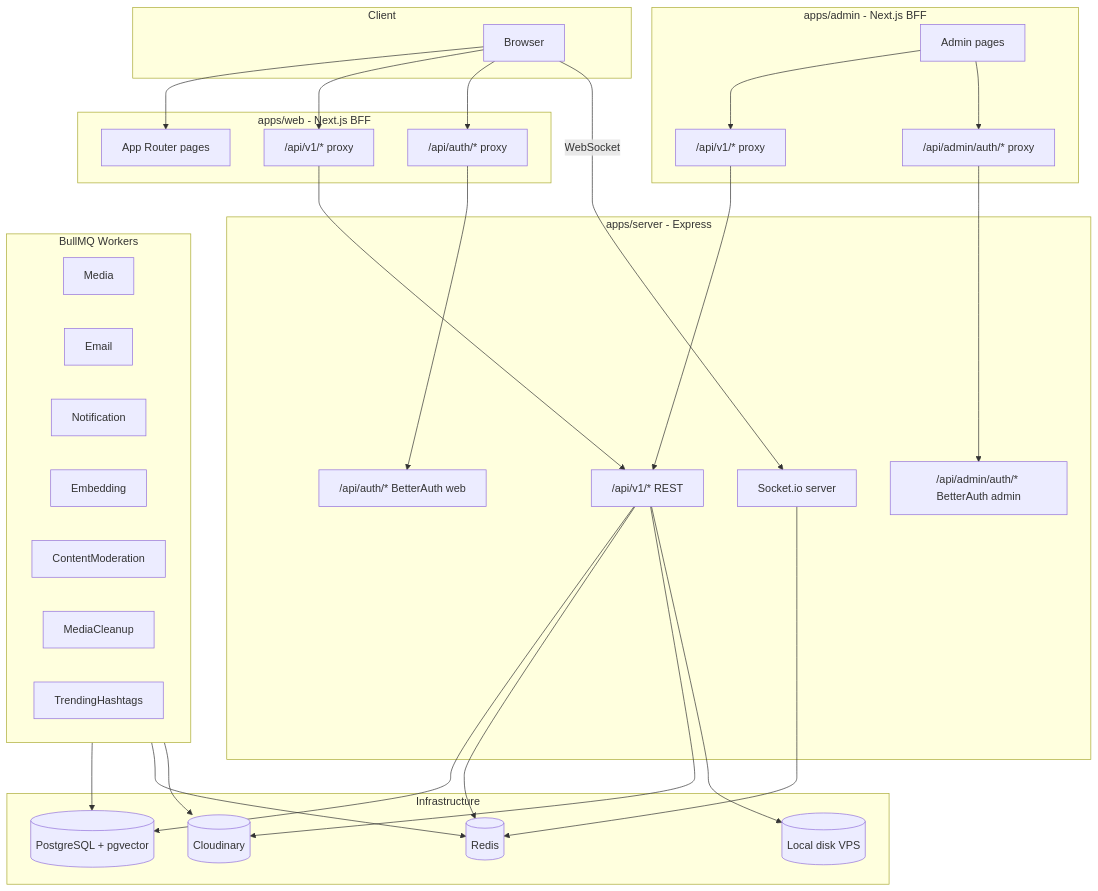
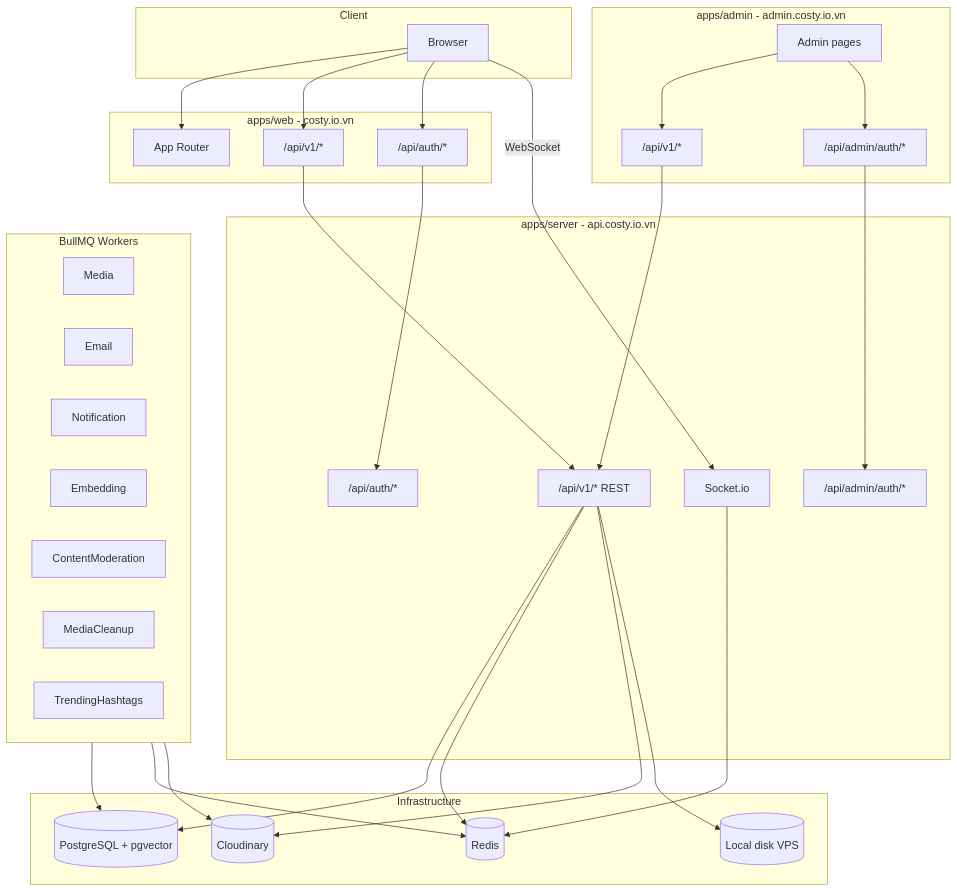
The first of 4 diagrams in docs/architecture.md (ManhThang203/f8-project-fullstack), drawn with Mermaid before and after one commit. The commit also changed other lines of this file and 1 other file, not shown here.

First line of the commit message:
refactor: update README and architecture documentation for clarity and completeness

````diff
--- a/docs/architecture.md
+++ b/docs/architecture.md
@@ -47,64 +49,64 @@
 ```mermaid
 flowchart TB
     subgraph client [Client]
         Browser[Browser]
     end
 
-    subgraph web [apps/web - Next.js BFF]
-        WebPages[App Router pages]
-        BffV1["/api/v1/* proxy"]
-        BffAuth["/api/auth/* proxy"]
+    subgraph web [apps/web - costy.io.vn]
+        WebPages[App Router]
+        BffV1["/api/v1/*"]
+        BffAuth["/api/auth/*"]
     end
 
-    subgraph admin [apps/admin - Next.js BFF]
+    subgraph admin [apps/admin - admin.costy.io.vn]
         AdminPages[Admin pages]
-        AdminBffV1["/api/v1/* proxy"]
-        AdminBffAuth["/api/admin/auth/* proxy"]
+        AdminBffV1["/api/v1/*"]
+        AdminBffAuth["/api/admin/auth/*"]
     end
 
-    subgraph server [apps/server - Express]
+    subgraph server [apps/server - api.costy.io.vn]
         ExpressAPI["/api/v1/* REST"]
-        AuthWeb["/api/auth/* BetterAuth web"]
-        AuthAdmin["/api/admin/auth/* BetterAuth admin"]
-        SocketIO[Socket.io server]
+        AuthWeb["/api/auth/*"]
+        AuthAdmin["/api/admin/auth/*"]
+        SocketIO[Socket.io]
     end
 
     subgraph workers [BullMQ Workers]
         MediaWorker[Media]
         EmailWorker[Email]
         NotifWorker[Notification]
         EmbedWorker[Embedding]
         ModerationWorker[ContentModeration]
         CleanupWorker[MediaCleanup]
         TrendingWorker[TrendingHashtags]
     end
 
     subgraph infra [Infrastructure]
         Postgres[(PostgreSQL + pgvector)]
         Redis[(Redis)]
         Cloudinary[(Cloudinary)]
         LocalDisk[(Local disk VPS)]
     end
 
     Browser --> WebPages
     Browser --> BffV1
     Browser --> BffAuth
     Browser -->|"WebSocket"| SocketIO
 
     AdminPages --> AdminBffV1
     AdminPages --> AdminBffAuth
 
     BffV1 --> ExpressAPI
     BffAuth --> AuthWeb
     AdminBffV1 --> ExpressAPI
     AdminBffAuth --> AuthAdmin
 
     ExpressAPI --> Postgres
     ExpressAPI --> Redis
     ExpressAPI --> Cloudinary
     ExpressAPI --> LocalDisk
     SocketIO --> Redis
     workers --> Postgres
     workers --> Redis
     workers --> Cloudinary
 ```
````
